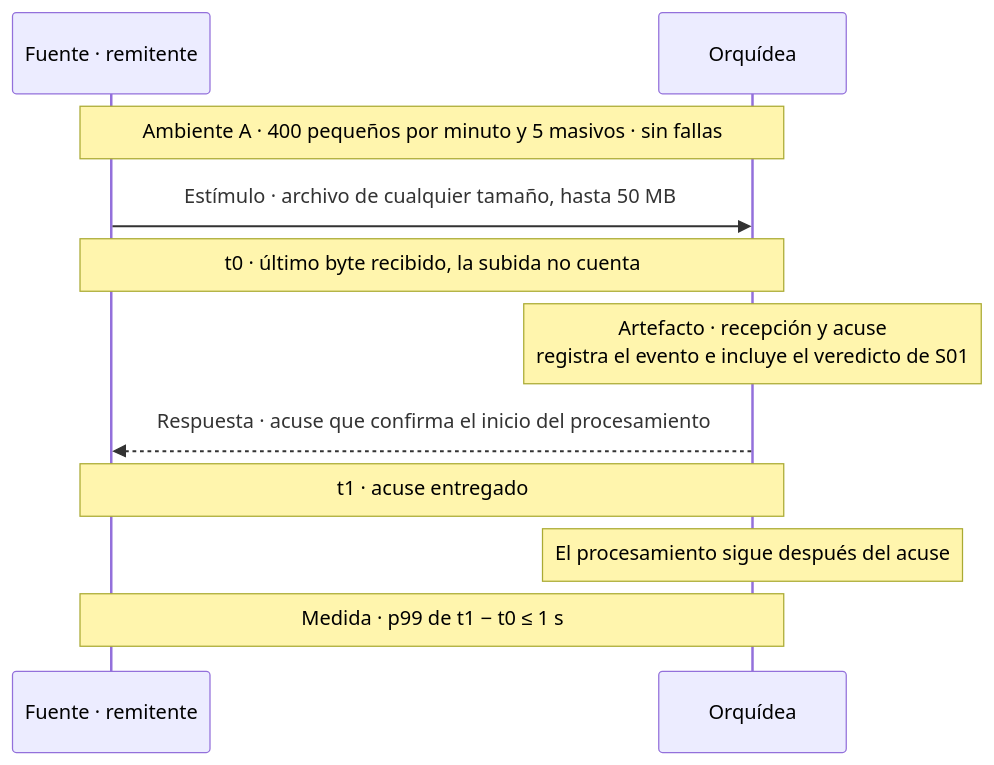
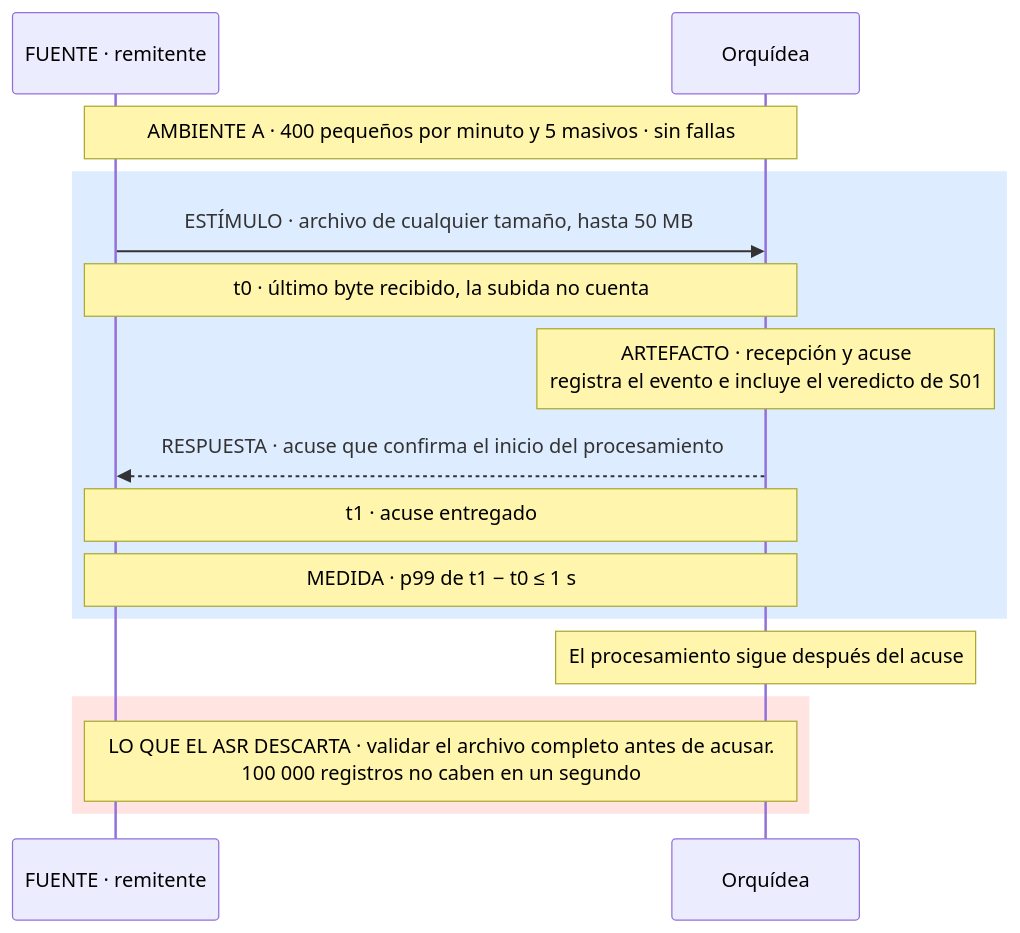
Before and after one commit to MATI-MBIT/arqsoft-reto-4: the ninth of 17 diagrams in docs/quality-attributes.md, drawn with Mermaid. The commit also changed other lines of this file, not shown here.

Commit message:
Rediseña los diagramas de los ASR: banda de lo medido y banda de lo que el ASR descarta

````diff
--- a/docs/quality-attributes.md
+++ b/docs/quality-attributes.md
@@ -395,13 +444,18 @@
 ```mermaid
 sequenceDiagram
-    participant R as Fuente · remitente
+    participant R as FUENTE · remitente
     participant O as Orquídea
-    Note over R,O: Ambiente A · 400 pequeños por minuto y 5 masivos · sin fallas
-    R->>O: Estímulo · archivo de cualquier tamaño, hasta 50 MB
+    Note over R,O: AMBIENTE A · 400 pequeños por minuto y 5 masivos · sin fallas
+    rect rgb(222, 236, 255)
+    R->>O: ESTÍMULO · archivo de cualquier tamaño, hasta 50 MB
     Note over R,O: t0 · último byte recibido, la subida no cuenta
-    Note over O: Artefacto · recepción y acuse<br/>registra el evento e incluye el veredicto de S01
-    O-->>R: Respuesta · acuse que confirma el inicio del procesamiento
+    Note over O: ARTEFACTO · recepción y acuse<br/>registra el evento e incluye el veredicto de S01
+    O-->>R: RESPUESTA · acuse que confirma el inicio del procesamiento
     Note over R,O: t1 · acuse entregado
+    Note over R,O: MEDIDA · p99 de t1 − t0 ≤ 1 s
+    end
     Note over O: El procesamiento sigue después del acuse
-    Note over R,O: Medida · p99 de t1 − t0 ≤ 1 s
+    rect rgb(255, 228, 225)
+    Note over R,O: LO QUE EL ASR DESCARTA · validar el archivo completo antes de acusar.<br/>100 000 registros no caben en un segundo
+    end
 ```
````
